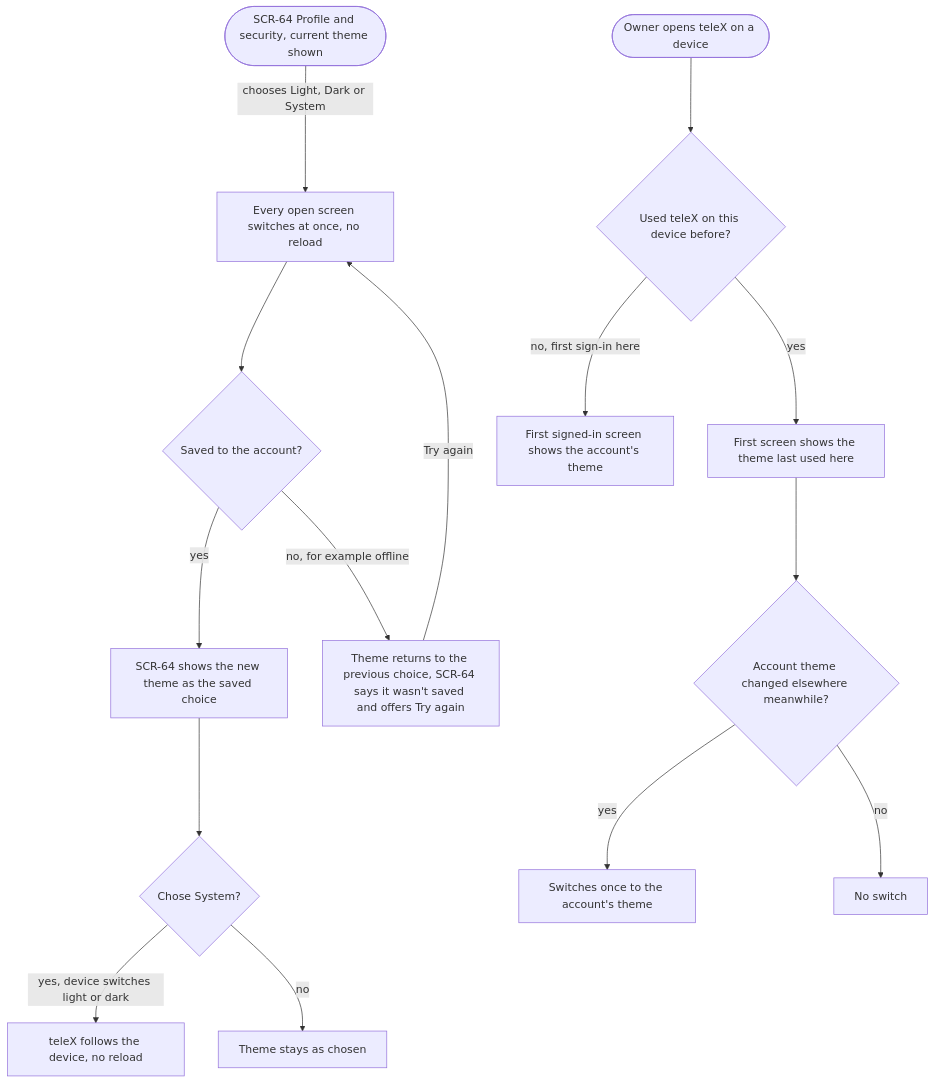
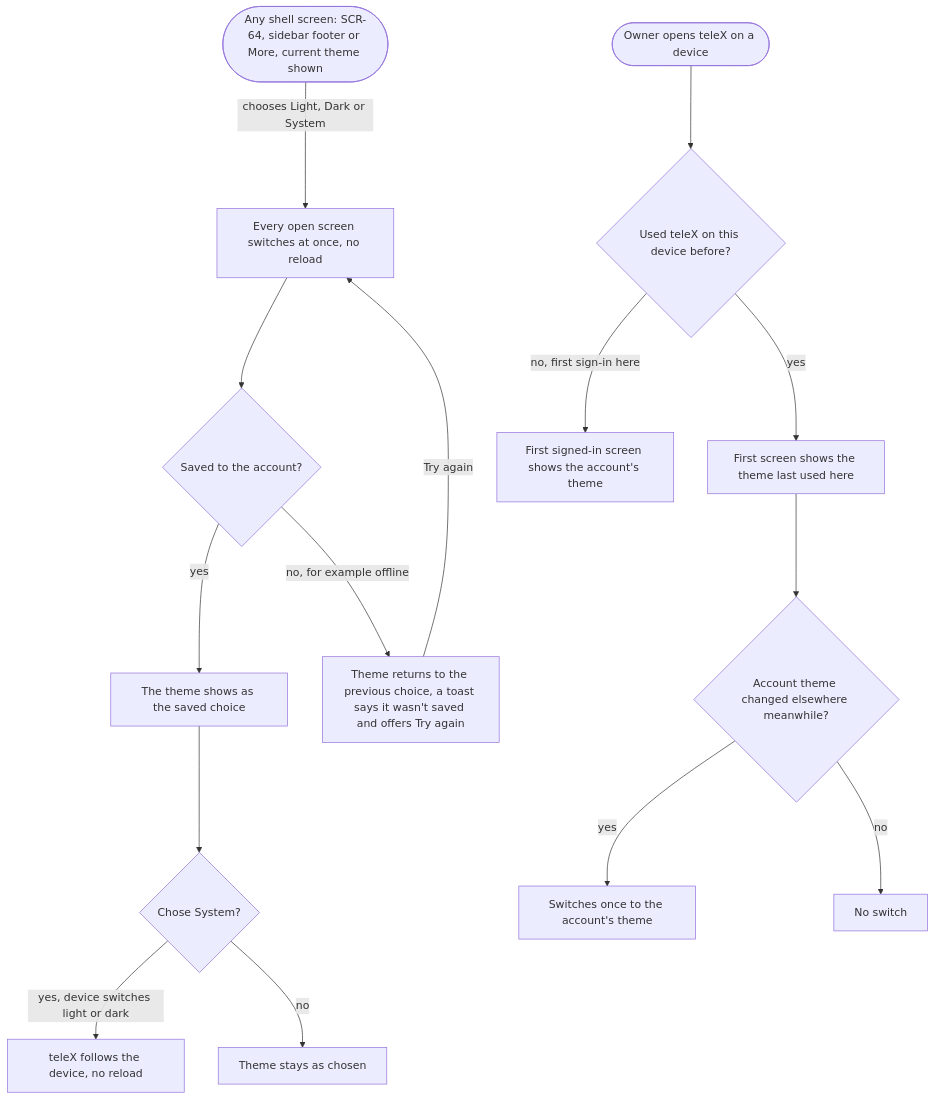
Before and after one commit to drnetua/telex: the fifth of 6 diagrams in docs/features/app-shell/ux-flows.md, drawn with Mermaid. The commit also changed other lines of this file and 5 other files, not shown here.

````diff
--- a/docs/features/app-shell/ux-flows.md
+++ b/docs/features/app-shell/ux-flows.md
@@ -147,17 +147,17 @@
 ```mermaid
 flowchart TD
-    S64(["SCR-64 Profile and security, current theme shown"]) -->|"chooses Light, Dark or System"| APPLY["Every open screen switches at once, no reload"]
+    S64(["Any shell screen: SCR-64, sidebar footer or More, current theme shown"]) -->|"chooses Light, Dark or System"| APPLY["Every open screen switches at once, no reload"]
     APPLY --> SAVE{"Saved to the account?"}
-    SAVE -->|"yes"| DONE["SCR-64 shows the new theme as the saved choice"]
-    SAVE -->|"no, for example offline"| REVERT["Theme returns to the previous choice, SCR-64 says it wasn't saved and offers Try again"]
+    SAVE -->|"yes"| DONE["The theme shows as the saved choice"]
+    SAVE -->|"no, for example offline"| REVERT["Theme returns to the previous choice, a toast says it wasn't saved and offers Try again"]
     REVERT -->|"Try again"| APPLY
     DONE --> SYS{"Chose System?"}
     SYS -->|"yes, device switches light or dark"| FOLLOW["teleX follows the device, no reload"]
     SYS -->|"no"| KEEP["Theme stays as chosen"]
     DEV(["Owner opens teleX on a device"]) --> SEEN{"Used teleX on this device before?"}
     SEEN -->|"no, first sign-in here"| ACC["First signed-in screen shows the account's theme"]
     SEEN -->|"yes"| LAST["First screen shows the theme last used here"]
     LAST --> CHG{"Account theme changed elsewhere meanwhile?"}
     CHG -->|"yes"| ONCE["Switches once to the account's theme"]
     CHG -->|"no"| STAY["No switch"]
 ```
````
